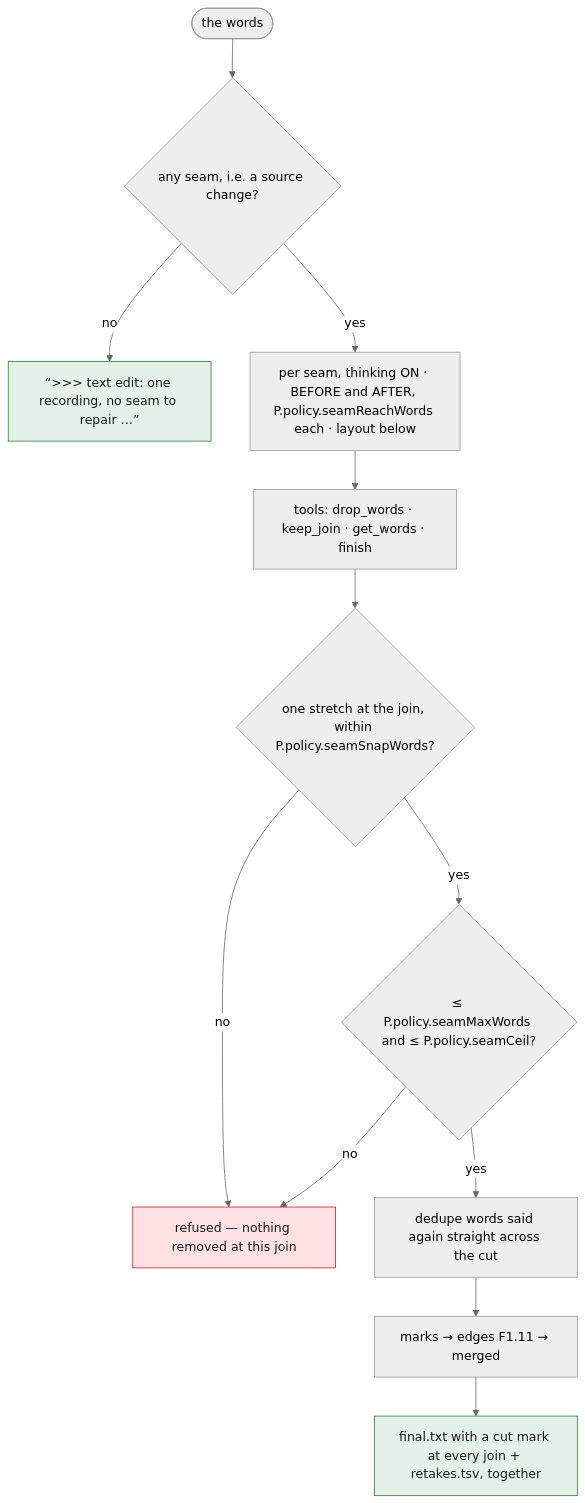
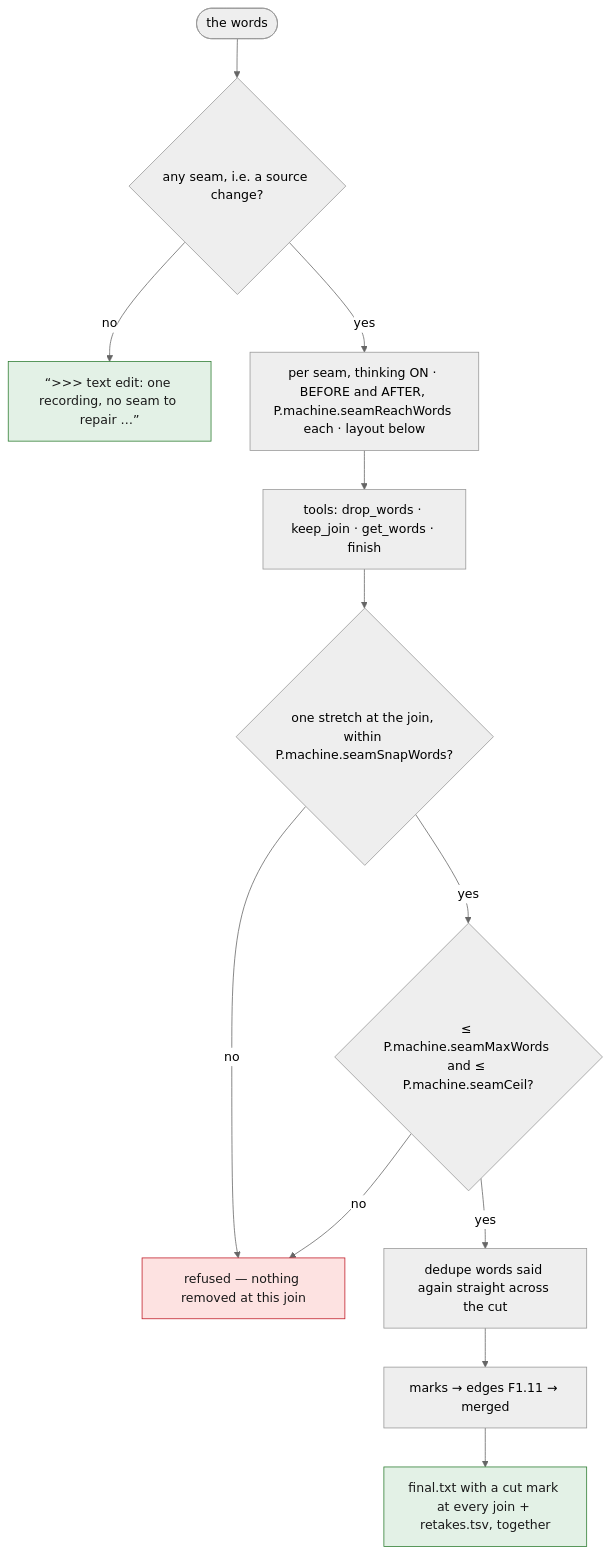
One commit to tbocek/naivepost changed the tenth of 12 diagrams in spec/04-prepare.md. Above: the diagram before and after it, drawn with Mermaid (neutral theme). The commit also changed other lines of this file and 16 other files, not shown here.

````diff
--- a/spec/04-prepare.md
+++ b/spec/04-prepare.md
@@ -290,17 +290,17 @@
 ```mermaid
 flowchart TD
   A(["the words"]) --> S{"any seam, i.e. a source change?"}
   S -- no --> ONE["“>>> text edit: one recording, no seam to repair …”"]:::done
-  S -- yes --> PER["per seam, thinking ON · BEFORE and AFTER, P.policy.seamReachWords each · layout below"]
+  S -- yes --> PER["per seam, thinking ON · BEFORE and AFTER, P.machine.seamReachWords each · layout below"]
   PER --> T["tools: drop_words · keep_join · get_words · finish"]
-  T --> ST{"one stretch at the join, within P.policy.seamSnapWords?"}
+  T --> ST{"one stretch at the join, within P.machine.seamSnapWords?"}
   ST -- no --> R1["refused — nothing removed at this join"]:::refuse
-  ST -- yes --> MAX{"≤ P.policy.seamMaxWords and ≤ P.policy.seamCeil?"}
+  ST -- yes --> MAX{"≤ P.machine.seamMaxWords and ≤ P.machine.seamCeil?"}
   MAX -- no --> R1
   MAX -- yes --> DD["dedupe words said again straight across the cut"]
   DD --> MK["marks → edges F1.11 → merged"]
   MK --> OUT["final.txt with a cut mark at every join + retakes.tsv, together"]:::done
   classDef refuse fill:#fde2e1,stroke:#c01c28,color:#1a1a1a
   classDef done fill:#e3f1e6,stroke:#2e7d32,color:#1a1a1a
   classDef ask fill:#e8eefc,stroke:#3a63c8,color:#1a1a1a
 ```
````
